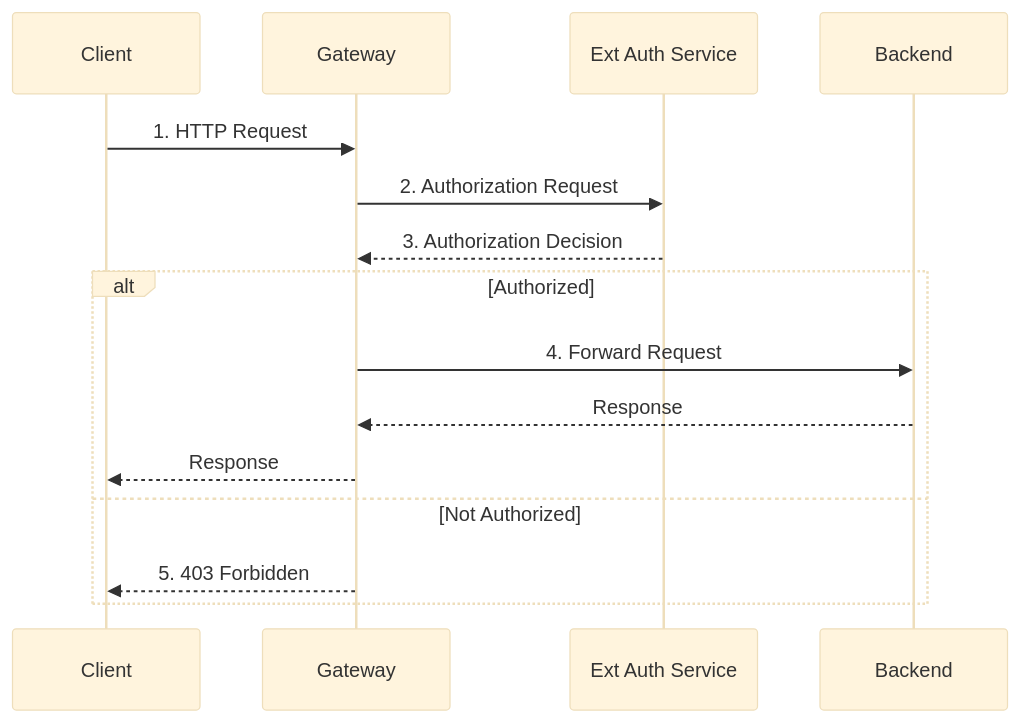
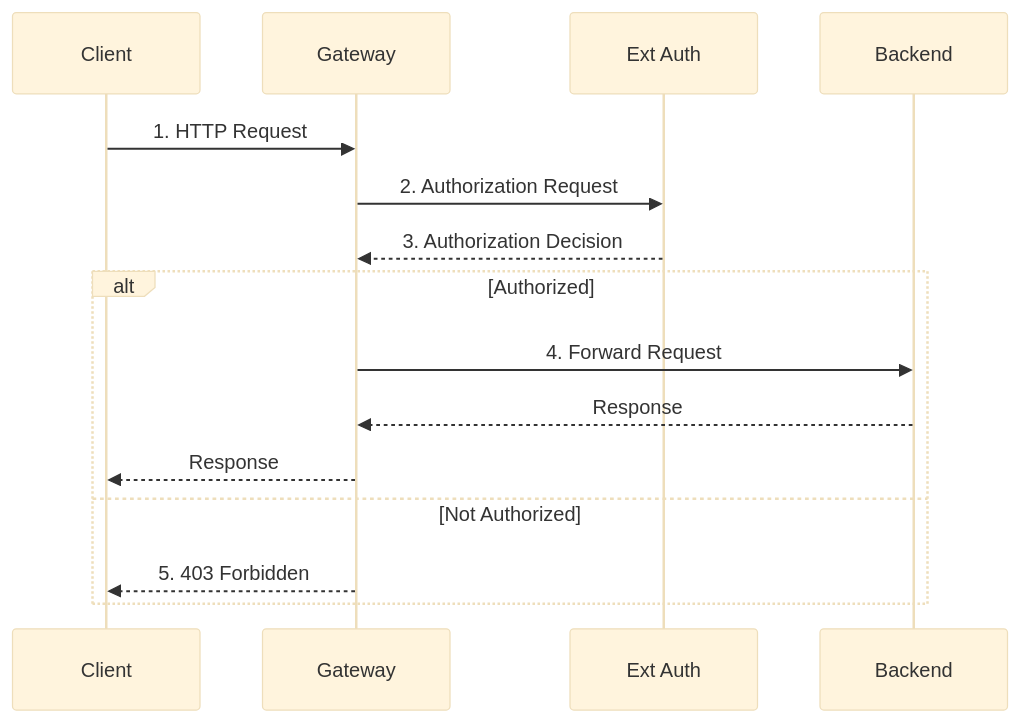
The diagram in content/docs/security/external-auth.md (kgateway-dev/kgateway.dev), drawn with Mermaid (base theme) before and after one commit. The commit also changed other lines of this file and 1 other file, not shown here.

````diff
--- a/content/docs/security/external-auth.md
+++ b/content/docs/security/external-auth.md
@@ -13,19 +13,19 @@
 ```mermaid
 sequenceDiagram
     participant Client
     participant Gateway
-    participant Ext Auth Service
+    participant Ext Auth
     participant Backend
 
     Client->>Gateway: 1. HTTP Request
-    Gateway->>Ext Auth Service: 2. Authorization Request
-    Ext Auth Service-->>Gateway: 3. Authorization Decision
+    Gateway->>Ext Auth: 2. Authorization Request
+    Ext Auth-->>Gateway: 3. Authorization Decision
     
     alt Authorized
         Gateway->>Backend: 4. Forward Request
         Backend-->>Gateway: Response
         Gateway-->>Client: Response
     else Not Authorized
         Gateway-->>Client: 5. 403 Forbidden
     end
 ```
````
